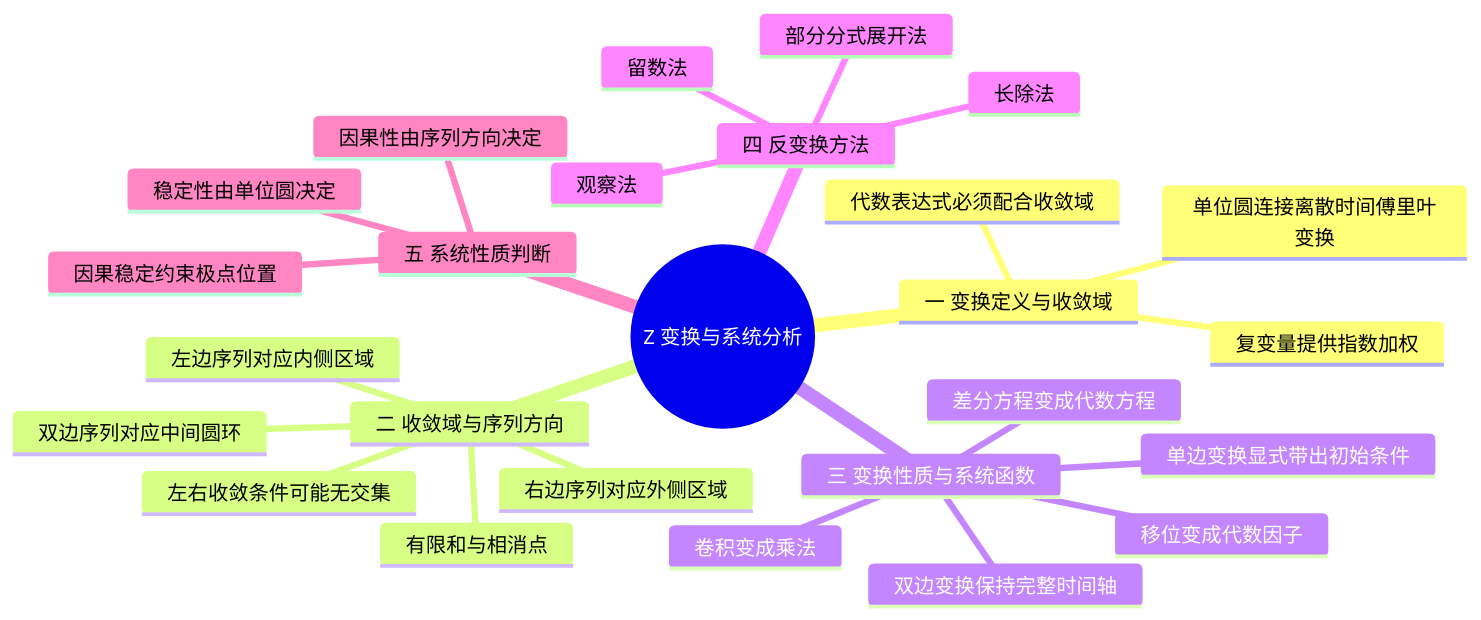
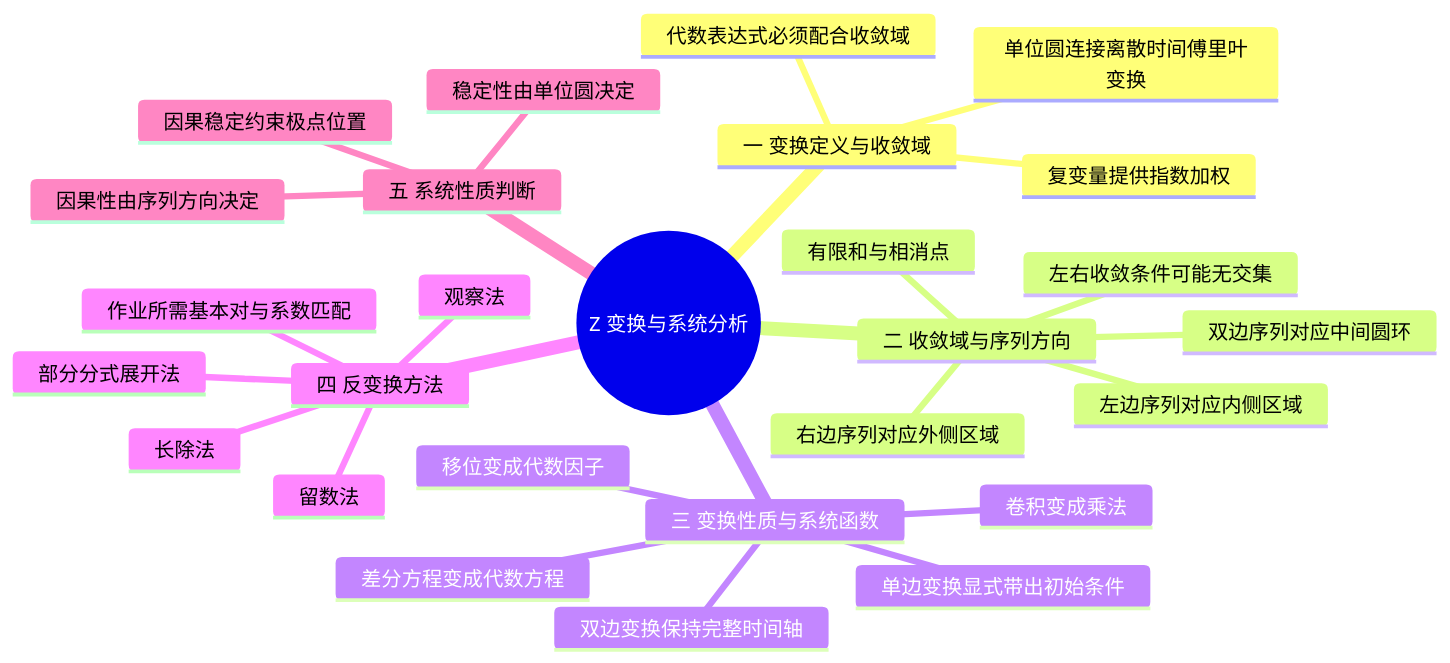
Before and after one commit to 3280441136-lab/My_Obsidian_Notes: the first of 4 diagrams in 学习/学校课程/数字信号处理（3学分）/06 第6课 Z变换、收敛域与系统函数.md, drawn with Mermaid. The commit also changed other lines of this file and 1 other file, not shown here.

````diff
--- a/学习/学校课程/数字信号处理（3学分）/06 第6课 Z变换、收敛域与系统函数.md
+++ b/学习/学校课程/数字信号处理（3学分）/06 第6课 Z变换、收敛域与系统函数.md
@@ -5,29 +5,30 @@
 ```mermaid
 mindmap
   root((Z 变换与系统分析))
     一 变换定义与收敛域
       复变量提供指数加权
       代数表达式必须配合收敛域
       单位圆连接离散时间傅里叶变换
     二 收敛域与序列方向
       右边序列对应外侧区域
       左边序列对应内侧区域
       双边序列对应中间圆环
       左右收敛条件可能无交集
       有限和与相消点
     三 变换性质与系统函数
       移位变成代数因子
       卷积变成乘法
       差分方程变成代数方程
       双边变换保持完整时间轴
       单边变换显式带出初始条件
     四 反变换方法
       观察法
       长除法
       部分分式展开法
       留数法
+      作业所需基本对与系数匹配
     五 系统性质判断
       因果性由序列方向决定
       稳定性由单位圆决定
       因果稳定约束极点位置
 ```
````
